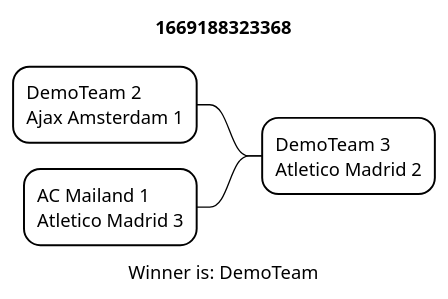
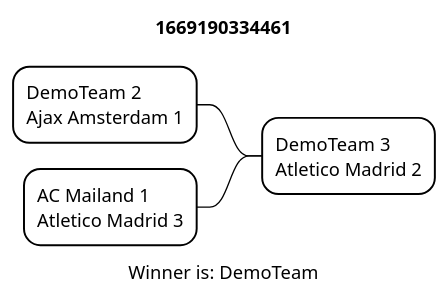
The diagram in asciidocs/plantuml/Result.puml (htl-leonding-project/2022-4ahif-autohaus), drawn with PlantUML before and after one commit. The commit also changed 5 other files, not shown here.

```diff
--- a/asciidocs/plantuml/Result.puml
+++ b/asciidocs/plantuml/Result.puml
@@ -1,19 +1,19 @@
-@startmindmap 1669188323368.png
+@startmindmap 1669190334461.png
     <style>
     mindmapDiagram{
         node{
             BackgroundColor White
 
         }
         LineColor Black
     }
     </style>
-title 1669188323368
+title 1669190334461
 
 - DemoTeam 3 \nAtletico Madrid 2
 
 -- DemoTeam 2 \nAjax Amsterdam 1
 
 -- AC Mailand 1 \nAtletico Madrid 3
 caption Winner is: DemoTeam
 @endmindmap
```
